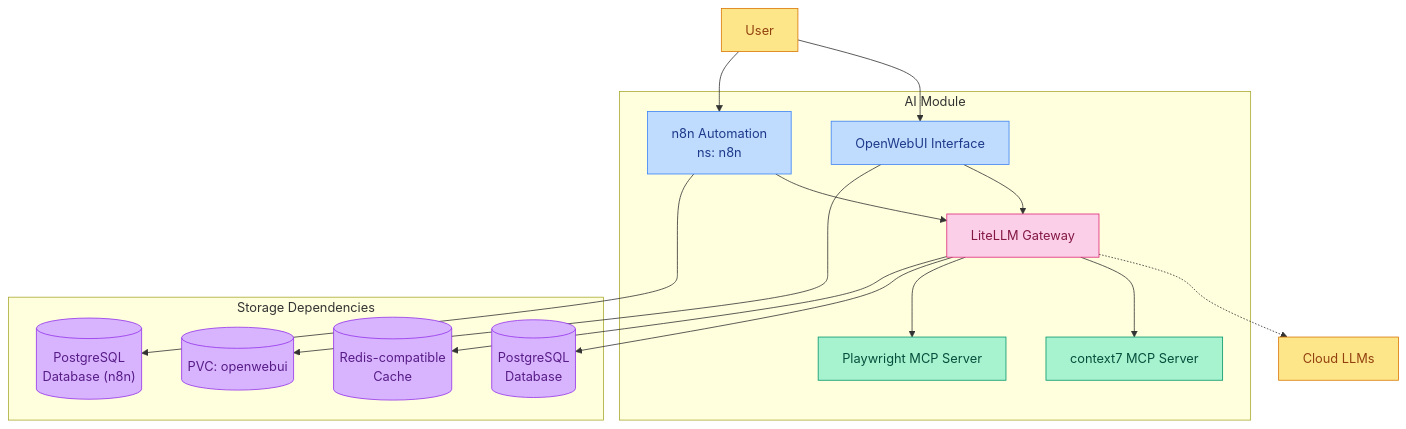
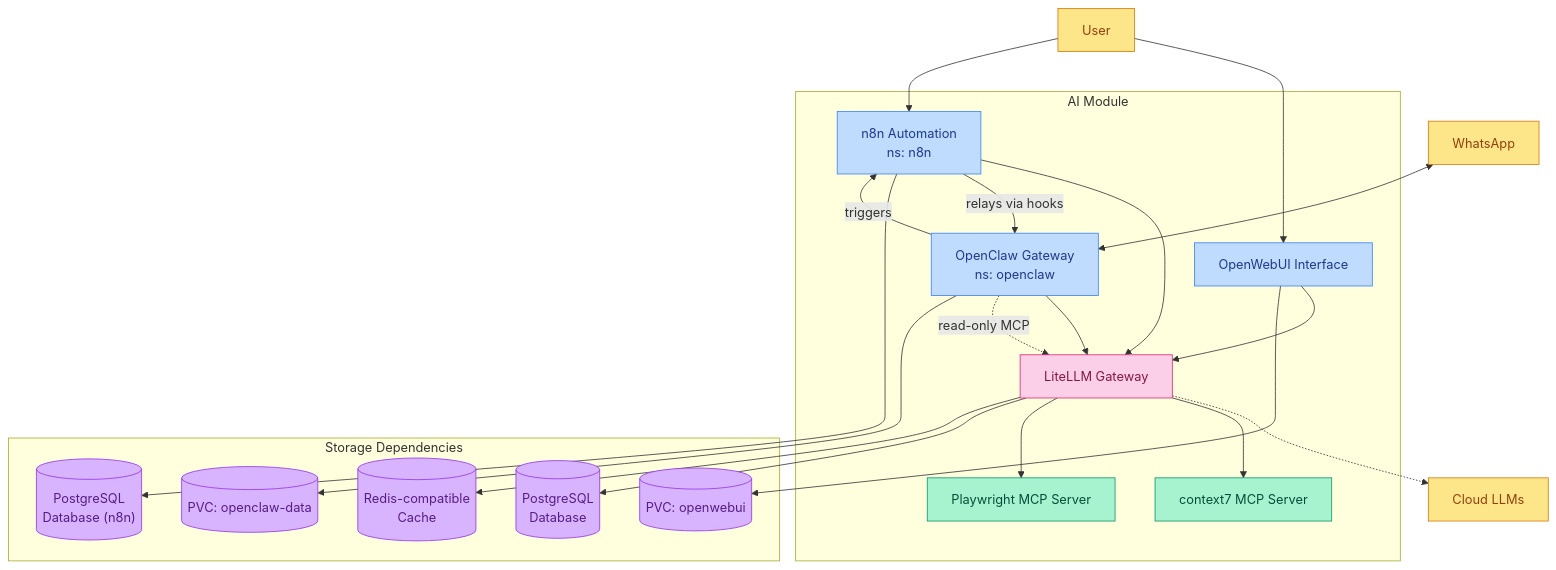
Before and after one commit to ppat/homelab-ops-kubernetes-apps: the diagram in apps/subsystems/ai/README.md, drawn with Mermaid. The commit also changed other lines of this file and 20 other files, not shown here.

First line of the commit message:
feat(apps-ai): add openclaw assistant gateway

````diff
--- a/apps/subsystems/ai/README.md
+++ b/apps/subsystems/ai/README.md
@@ -35,47 +39,57 @@
 ```mermaid
 flowchart TB
     %% Color scheme with good contrast for light/dark themes
     classDef core fill:#a7f3d0,stroke:#059669,color:#064e3b
     classDef ui fill:#bfdbfe,stroke:#3b82f6,color:#1e3a8a
     classDef gateway fill:#fbcfe8,stroke:#db2777,color:#831843
     classDef storage fill:#d8b4fe,stroke:#9333ea,color:#581c87
     classDef external fill:#fde68a,stroke:#d97706,color:#92400e
     classDef legend fill:none,stroke:none,color:#6b7280
 
     %% External Access
     user[User]:::external
+    whatsapp[WhatsApp]:::external
     cloud[Cloud LLMs]:::external
 
     %% Core Components - Module Provided
     subgraph module[AI Module]
         openwebui[OpenWebUI Interface]:::ui
         litellm[LiteLLM Gateway]:::gateway
         context7[context7 MCP Server]:::core
         playwright[Playwright MCP Server]:::core
         n8n[n8n Automation<br/>ns: n8n]:::ui
+        openclaw[OpenClaw Gateway<br/>ns: openclaw]:::ui
     end
 
     %% Storage Components - Dependencies
     subgraph storage[Storage Dependencies]
         openwebui_pvc[(PVC: openwebui)]:::storage
         litellm_db[("PostgreSQL<br/>Database")]:::storage
         litellm_cache[("Redis-compatible<br/>Cache")]:::storage
         n8n_db[("PostgreSQL<br/>Database (n8n)")]:::storage
+        openclaw_pvc[(PVC: openclaw-data)]:::storage
     end
 
     %% Relationships
     user --> openwebui
     user --> n8n
+    whatsapp <--> openclaw
 
     openwebui --> litellm
     n8n --> litellm
+    openclaw --> litellm
     litellm -.-> cloud
 
     litellm --> context7
     litellm --> playwright
+    openclaw -.->|read-only MCP| litellm
+
+    openclaw -->|triggers| n8n
+    n8n -->|relays via hooks| openclaw
 
     openwebui --> openwebui_pvc
     litellm --> litellm_db
     litellm --> litellm_cache
     n8n --> n8n_db
+    openclaw --> openclaw_pvc
 ```
````
